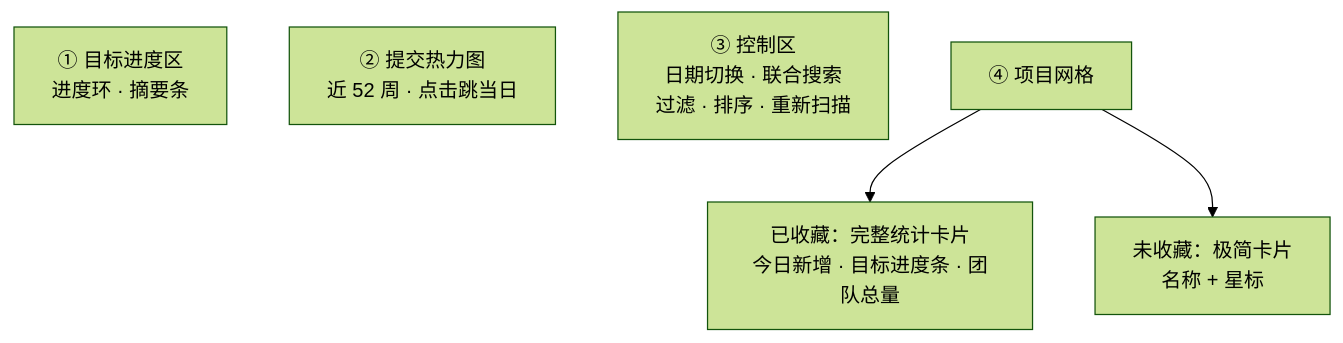
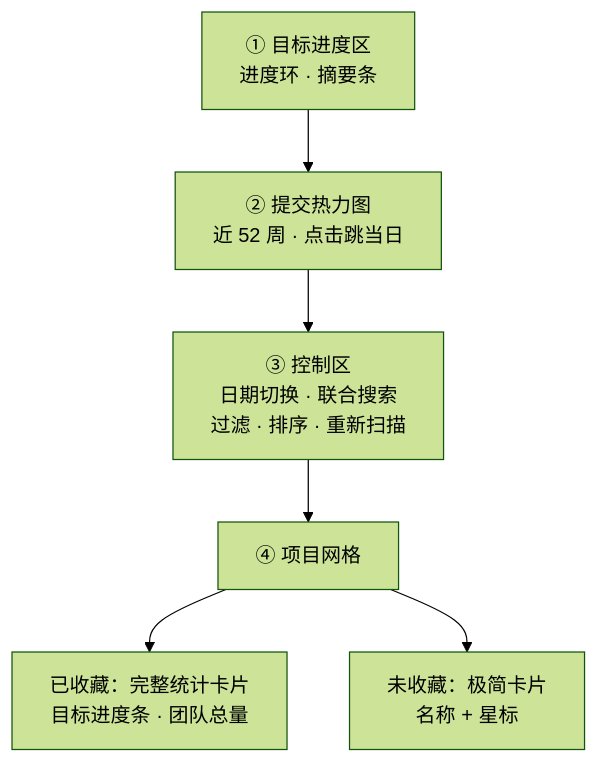
Before and after one commit to sky-jiangcheng/RepoNest: the diagram in docs/features/dashboard.md, drawn with Mermaid (forest theme). The commit also changed 4 other files, not shown here.

First line of the commit message:
docs(diagrams): dashboard 结构图补阅读顺序边 + 两张扁图治理

````diff
--- a/docs/features/dashboard.md
+++ b/docs/features/dashboard.md
@@ -12,9 +12,8 @@
 ```mermaid
 flowchart TB
-    RING["① 目标进度区<br/>进度环 · 摘要条"]
-    HEAT["② 提交热力图<br/>近 52 周 · 点击跳当日"]
-    CTRL["③ 控制区<br/>日期切换 · 联合搜索<br/>过滤 · 排序 · 重新扫描"]
-    GRID["④ 项目网格"]
-    GRID --> STAR["已收藏：完整统计卡片<br/>今日新增 · 目标进度条 · 团队总量"]
+    RING["① 目标进度区<br/>进度环 · 摘要条"] --> HEAT["② 提交热力图<br/>近 52 周 · 点击跳当日"]
+    HEAT --> CTRL["③ 控制区<br/>日期切换 · 联合搜索<br/>过滤 · 排序 · 重新扫描"]
+    CTRL --> GRID["④ 项目网格"]
+    GRID --> STAR["已收藏：完整统计卡片<br/>目标进度条 · 团队总量"]
     GRID --> PLAIN["未收藏：极简卡片<br/>名称 + 星标"]
 ```
````
